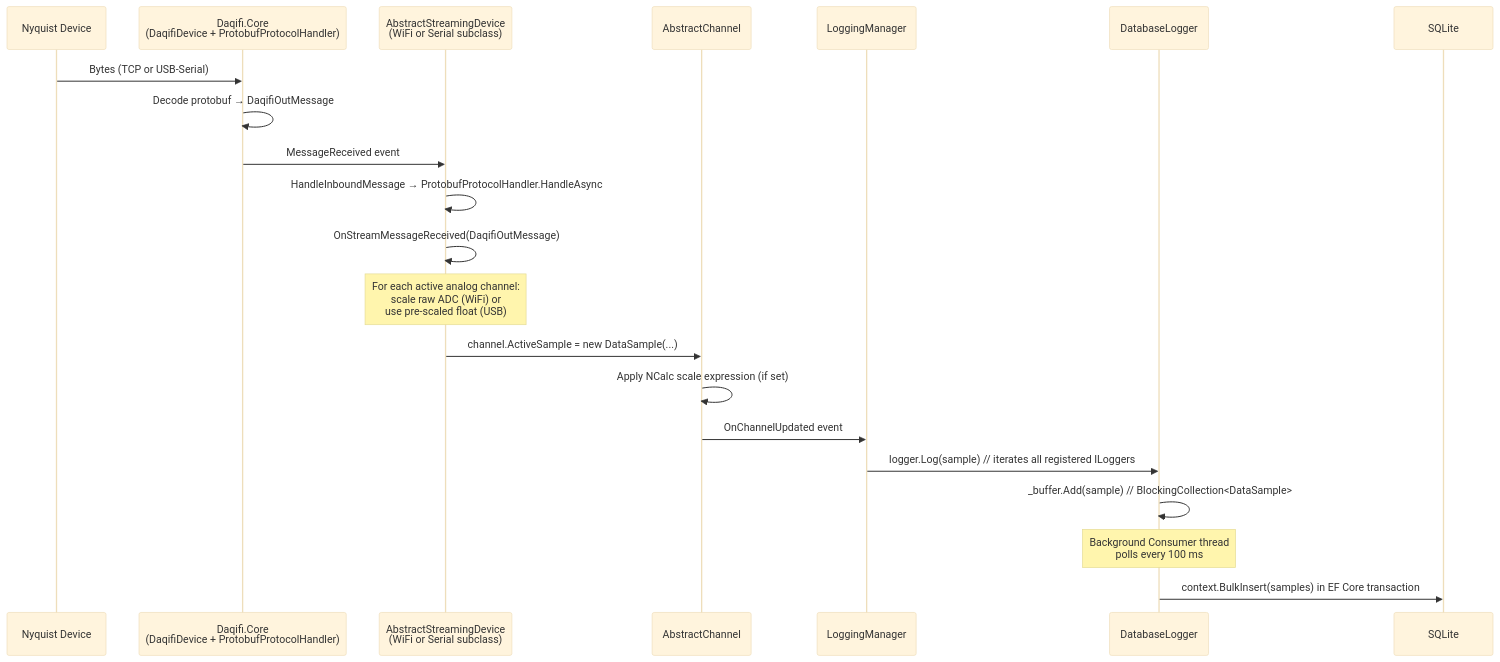
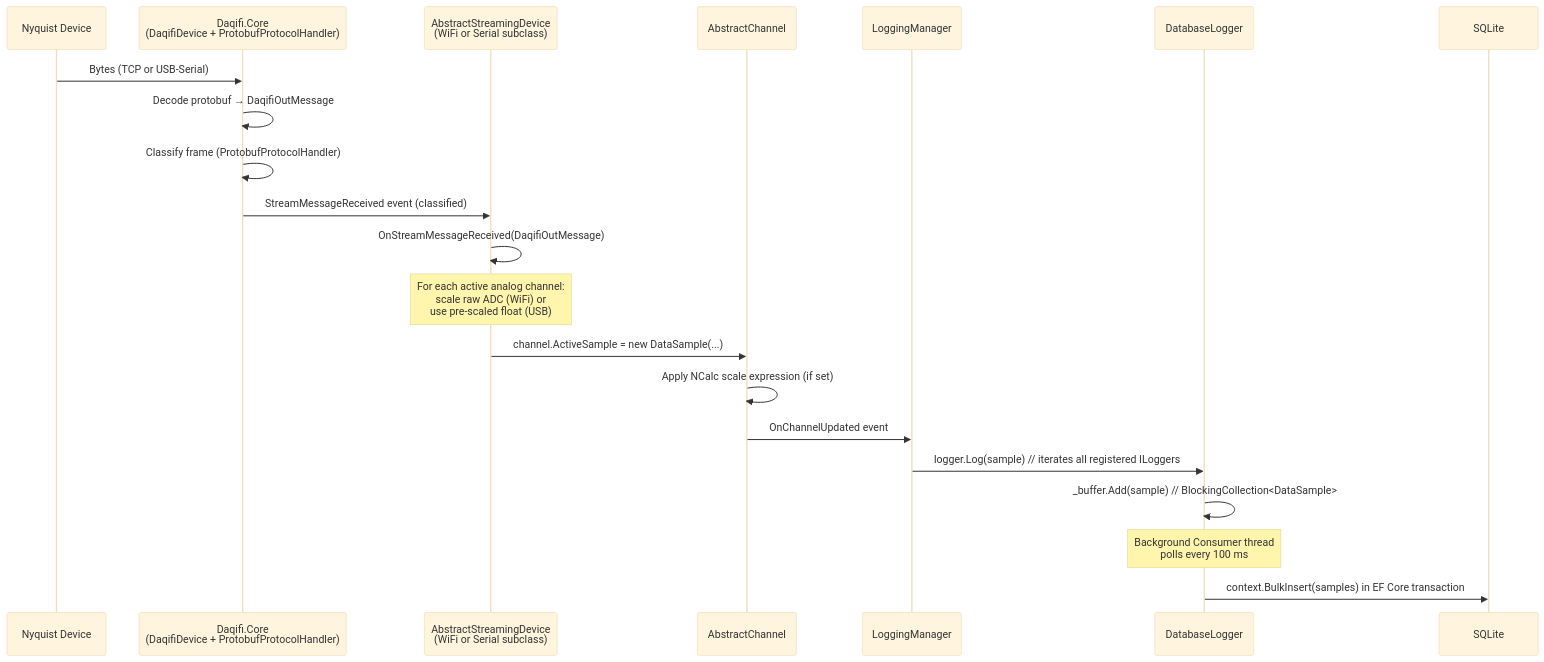
Before and after one commit to daqifi/daqifi-desktop: the third of 3 diagrams in docs/architecture.md, drawn with Mermaid (base theme). The commit also changed other lines of this file and 2 other files, not shown here.

Commit message:
test(device): lock in the classified events' unsubscribe symmetry
Second-opinion review follow-up. The two new subscriptions
(StatusMessageReceived/StreamMessageReceived) had no coverage proving they
are removed again on teardown, which is the one way this change could leak:
the Core device outlives the wrapper's connection, so a subscription left
behind would let a late frame keep mutating a disconnected device.
CoreConnectionTemplateTests already asserted this for ChannelsPopulated;
extend it to both classified events. Verified by mutation - deleting either
'-=' fails the corresponding assertion.

Also fixes two doc artifacts of the change itself: a stale duplicate
<summary> on FrameTimestampTestDevice.RouteStreamFrame still describing the
removed two-step routing, and the architecture sequence diagram still
showing "HandleInboundMessage -> ProtobufProtocolHandler.HandleAsync" - a
step that no longer exists.

````diff
--- a/docs/architecture.md
+++ b/docs/architecture.md
@@ -75,24 +75,24 @@
 ```mermaid
 sequenceDiagram
     participant HW as Nyquist Device
     participant Core as Daqifi.Core<br/>(DaqifiDevice + ProtobufProtocolHandler)
     participant Dev as AbstractStreamingDevice<br/>(WiFi or Serial subclass)
     participant Ch as AbstractChannel
     participant LM as LoggingManager
     participant DBL as DatabaseLogger
     participant DB as SQLite
 
     HW->>Core: Bytes (TCP or USB-Serial)
     Core->>Core: Decode protobuf → DaqifiOutMessage
-    Core->>Dev: MessageReceived event
-    Dev->>Dev: HandleInboundMessage → ProtobufProtocolHandler.HandleAsync
+    Core->>Core: Classify frame (ProtobufProtocolHandler)
+    Core->>Dev: StreamMessageReceived event (classified)
     Dev->>Dev: OnStreamMessageReceived(DaqifiOutMessage)
     Note over Dev: For each active analog channel:<br/>scale raw ADC (WiFi) or<br/>use pre-scaled float (USB)
     Dev->>Ch: channel.ActiveSample = new DataSample(...)
     Ch->>Ch: Apply NCalc scale expression (if set)
     Ch->>LM: OnChannelUpdated event
     LM->>DBL: logger.Log(sample)   // iterates all registered ILoggers
     DBL->>DBL: _buffer.Add(sample)  // BlockingCollection<DataSample>
     Note over DBL: Background Consumer thread<br/>polls every 100 ms
     DBL->>DB: context.BulkInsert(samples) in EF Core transaction
 ```
````
